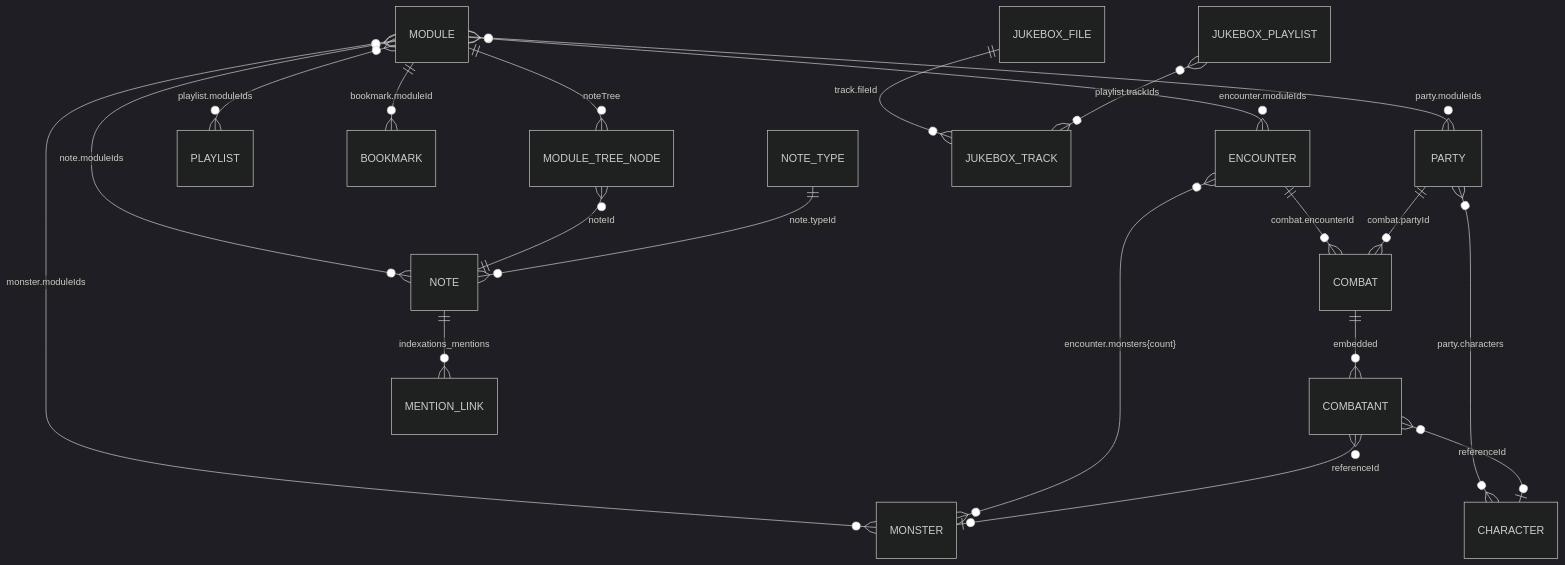
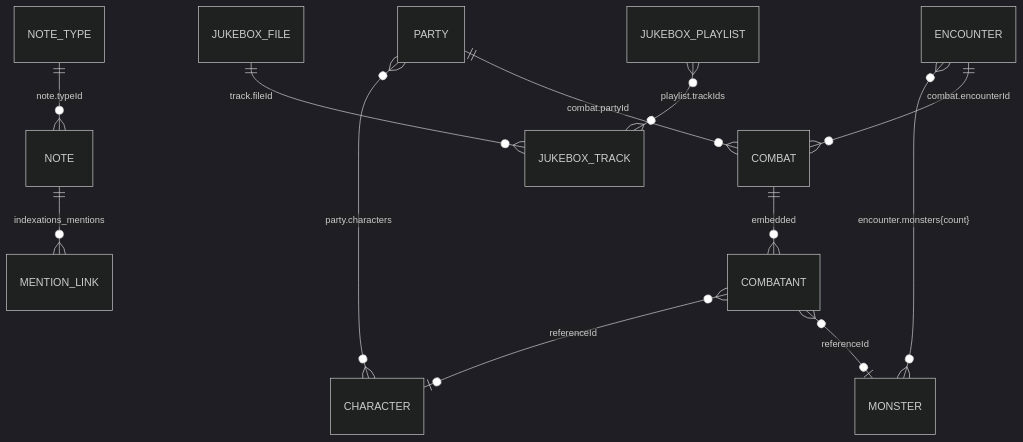
One commit to ionian-wind/dmh-pwa changed the diagram in docs/architecture/data-model.md. Above: the diagram before and after it, drawn with Mermaid (dark theme). The commit also changed other lines of this file and 149 other files, not shown here.

````diff
--- a/docs/architecture/data-model.md
+++ b/docs/architecture/data-model.md
@@ -334,22 +308,14 @@
 ```mermaid
 erDiagram
-  MODULE }o--o{ NOTE : "note.moduleIds"
-  MODULE }o--o{ ENCOUNTER : "encounter.moduleIds"
-  MODULE }o--o{ PARTY : "party.moduleIds"
-  MODULE }o--o{ MONSTER : "monster.moduleIds"
-  MODULE }o--o{ PLAYLIST : "playlist.moduleIds"
-  MODULE ||--o{ BOOKMARK : "bookmark.moduleId"
-  MODULE ||--o{ MODULE_TREE_NODE : "noteTree"
-  MODULE_TREE_NODE }o--|| NOTE : "noteId"
   NOTE_TYPE ||--o{ NOTE : "note.typeId"
   PARTY }o--o{ CHARACTER : "party.characters"
   ENCOUNTER }o--o{ MONSTER : "encounter.monsters{count}"
   ENCOUNTER ||--o{ COMBAT : "combat.encounterId"
   PARTY ||--o{ COMBAT : "combat.partyId"
   COMBAT ||--o{ COMBATANT : "embedded"
   COMBATANT }o--o| CHARACTER : "referenceId"
   COMBATANT }o--o| MONSTER : "referenceId"
   JUKEBOX_FILE ||--o{ JUKEBOX_TRACK : "track.fileId"
   JUKEBOX_PLAYLIST }o--o{ JUKEBOX_TRACK : "playlist.trackIds"
   NOTE ||--o{ MENTION_LINK : "indexations_mentions"
 ```
````
